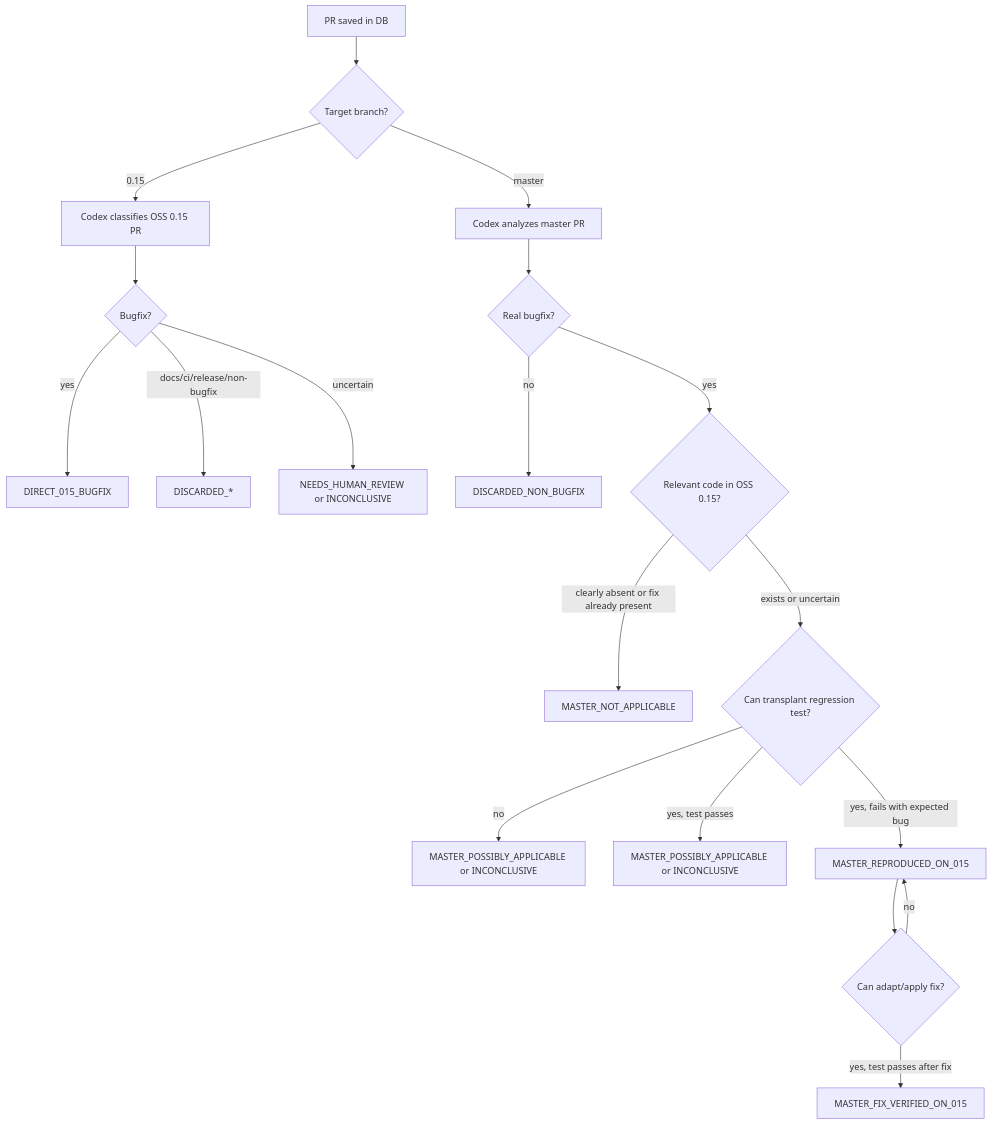
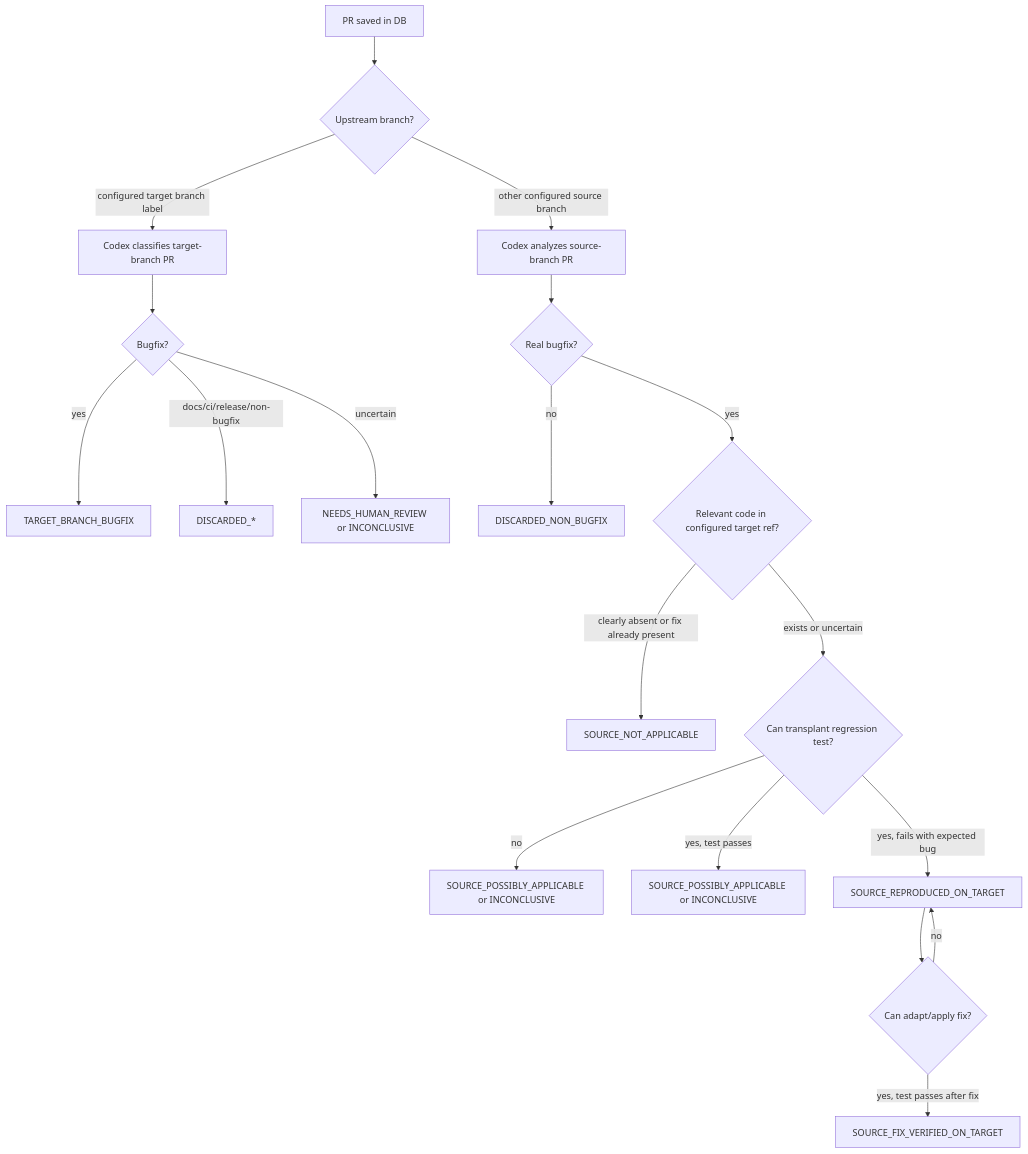
One commit to skyshineb/backports-reviewer changed the third of 3 diagrams in docs/backport_harness_design.md. Above: the diagram before and after it, drawn with Mermaid. The commit also changed other lines of this file and 75 other files, not shown here.

First line of the commit message:
Prepare release 0.1 source tree (#31)

````diff
--- a/docs/backport_harness_design.md
+++ b/docs/backport_harness_design.md
@@ -537,26 +537,26 @@
 ```mermaid
 flowchart TD
-    PR[PR saved in DB] --> Branch{Target branch?}
+    PR[PR saved in DB] --> Branch{Upstream branch?}
 
-    Branch -->|0.15| Analyze015[Codex classifies OSS 0.15 PR]
-    Analyze015 --> D015{Bugfix?}
-    D015 -->|yes| Direct[DIRECT_015_BUGFIX]
-    D015 -->|docs/ci/release/non-bugfix| Discard015[DISCARDED_*]
-    D015 -->|uncertain| Human015[NEEDS_HUMAN_REVIEW or INCONCLUSIVE]
+    Branch -->|configured target branch label| AnalyzeTarget[Codex classifies target-branch PR]
+    AnalyzeTarget --> DTarget{Bugfix?}
+    DTarget -->|yes| Direct[TARGET_BRANCH_BUGFIX]
+    DTarget -->|docs/ci/release/non-bugfix| DiscardTarget[DISCARDED_*]
+    DTarget -->|uncertain| HumanTarget[NEEDS_HUMAN_REVIEW or INCONCLUSIVE]
 
-    Branch -->|master| AnalyzeMaster[Codex analyzes master PR]
-    AnalyzeMaster --> Bugfix{Real bugfix?}
-    Bugfix -->|no| DiscardMaster[DISCARDED_NON_BUGFIX]
-    Bugfix -->|yes| Exists{Relevant code in OSS 0.15?}
+    Branch -->|other configured source branch| AnalyzeSource[Codex analyzes source-branch PR]
+    AnalyzeSource --> Bugfix{Real bugfix?}
+    Bugfix -->|no| DiscardSource[DISCARDED_NON_BUGFIX]
+    Bugfix -->|yes| Exists{Relevant code in configured target ref?}
 
-    Exists -->|clearly absent or fix already present| NotApplicable[MASTER_NOT_APPLICABLE]
+    Exists -->|clearly absent or fix already present| NotApplicable[SOURCE_NOT_APPLICABLE]
     Exists -->|exists or uncertain| Test{Can transplant regression test?}
 
-    Test -->|no| Possible[MASTER_POSSIBLY_APPLICABLE or INCONCLUSIVE]
-    Test -->|yes, test passes| Possible2[MASTER_POSSIBLY_APPLICABLE or INCONCLUSIVE]
-    Test -->|yes, fails with expected bug| Reproduced[MASTER_REPRODUCED_ON_015]
+    Test -->|no| Possible[SOURCE_POSSIBLY_APPLICABLE or INCONCLUSIVE]
+    Test -->|yes, test passes| Possible2[SOURCE_POSSIBLY_APPLICABLE or INCONCLUSIVE]
+    Test -->|yes, fails with expected bug| Reproduced[SOURCE_REPRODUCED_ON_TARGET]
 
     Reproduced --> Fix{Can adapt/apply fix?}
-    Fix -->|yes, test passes after fix| Verified[MASTER_FIX_VERIFIED_ON_015]
+    Fix -->|yes, test passes after fix| Verified[SOURCE_FIX_VERIFIED_ON_TARGET]
     Fix -->|no| Reproduced
 ```
````
